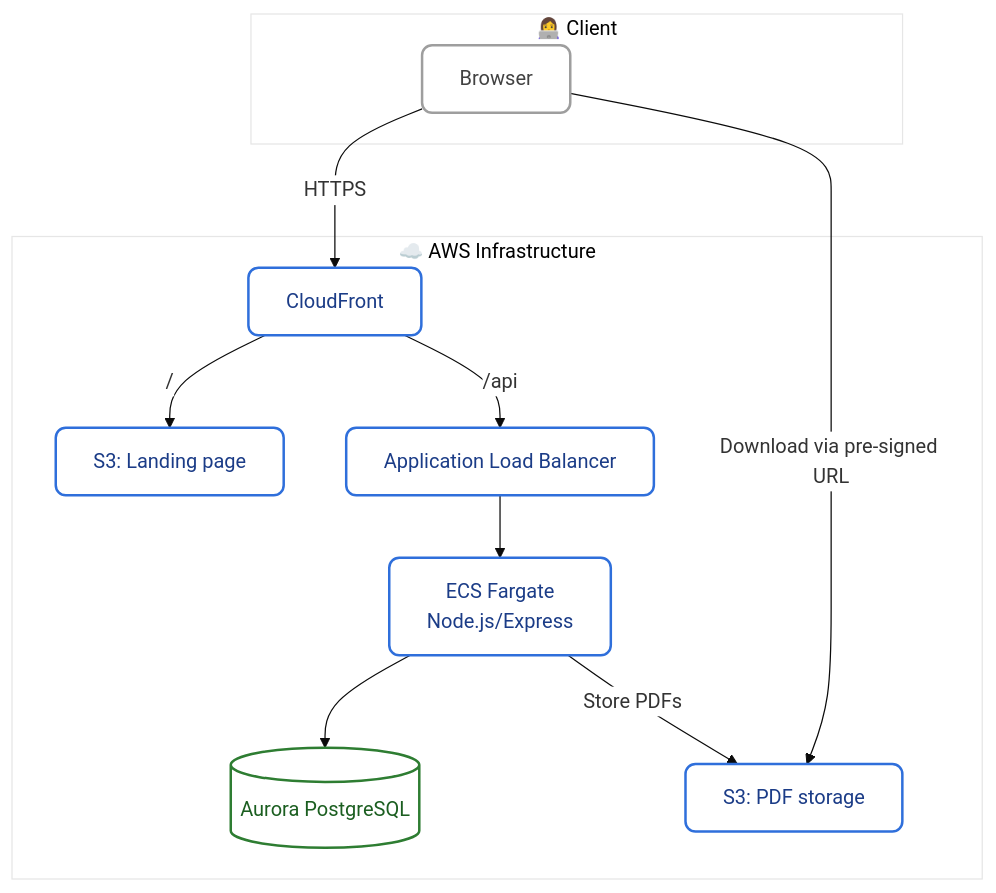
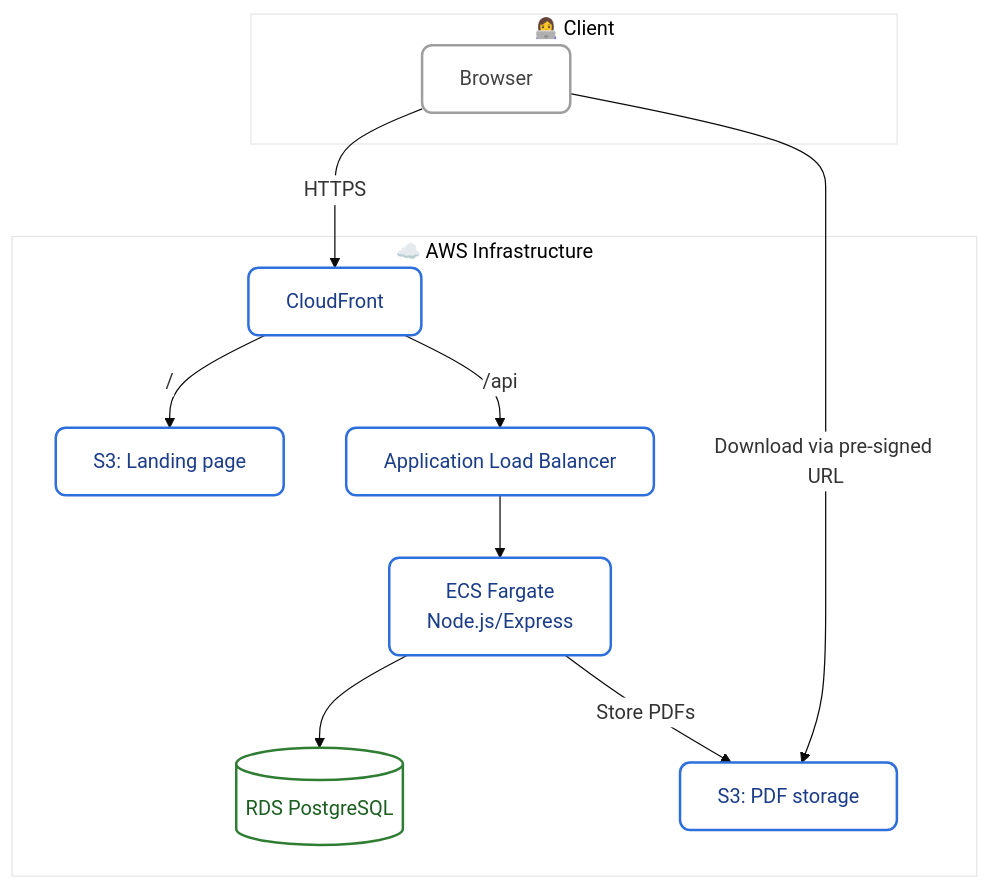
Before and after one commit to juhawilppu/siikli: the diagram in README.md, drawn with Mermaid. The commit also changed other lines of this file, not shown here.

````diff
--- a/README.md
+++ b/README.md
@@ -59,39 +59,39 @@
 ```mermaid
 %%{init: {'theme': 'base', 'themeVariables': { 'primaryColor': '#ffffff', 'edgeLabelBackground':'#ffffff', 'tertiaryColor': '#ffffff'}}}%%
 
 flowchart TD
     Browser -->|HTTPS| CF
 
     subgraph Client["👩‍💻 Client"]
         Browser[Browser]
     end
 
     subgraph AWS["☁️ AWS Infrastructure"]
         CF[CloudFront]
 
         S3_LP[S3: Landing page]
         S3_PDF[S3: PDF storage]
 
         ALB[Application Load Balancer]
         ECS[ECS Fargate<br/>Node.js/Express]
-        RDS[(Aurora PostgreSQL)]
+        RDS[(RDS PostgreSQL)]
     end
 
     CF -->|"/"| S3_LP
     CF -->|"/api"| ALB
 
     ALB --> ECS
     ECS --> RDS
 
     ECS -->|Store PDFs| S3_PDF
     Browser -->|Download via pre-signed URL| S3_PDF
 
     %% Styling
     classDef client fill:#FFFFFF,stroke:#9E9E9E,color:#424242,stroke-width:2px,rx:8,ry:8;
     classDef aws fill:#FFFFFF,stroke:#2F6FDB,color:#1B3C87,stroke-width:2px,rx:8,ry:8;
     classDef db fill:#FFFFFF,stroke:#2E7D32,color:#1B5E20,stroke-width:2px,rx:8,ry:8;
 
     class Browser client
     class CF,S3_LP,S3_PDF,ALB,ECS aws
     class RDS db
 ```
````
